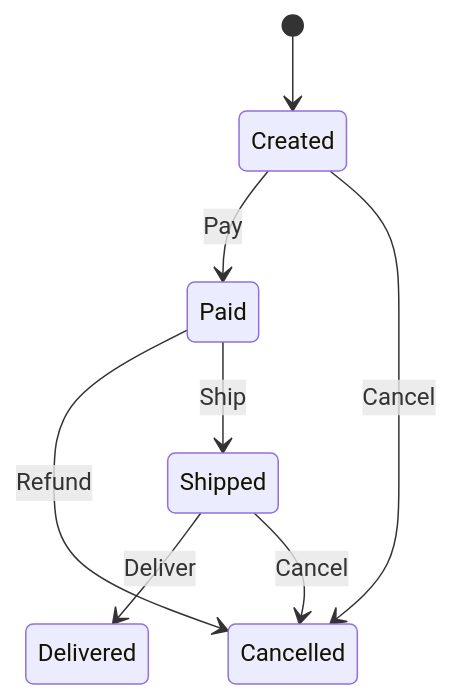
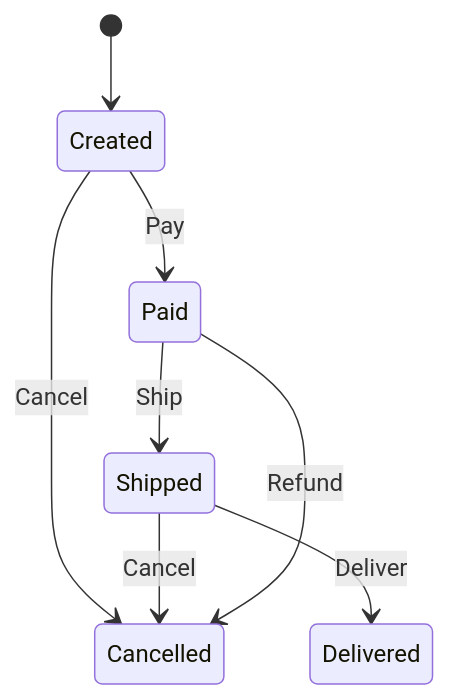
Before and after one commit to kookyleo/yasm: the diagram in docs/order_state_machine.mermaid, drawn with Mermaid. The commit also changed other lines of this file and 5 other files, not shown here.

```diff
--- a/docs/order_state_machine.mermaid
+++ b/docs/order_state_machine.mermaid
@@ -1,8 +1,8 @@
 stateDiagram-v2
     [*] --> Created
-    Created --> Paid : Pay
-    Shipped --> Delivered : Deliver
-    Shipped --> Cancelled : Cancel
-    Paid --> Cancelled : Refund
     Created --> Cancelled : Cancel
     Paid --> Shipped : Ship
+    Created --> Paid : Pay
+    Shipped --> Cancelled : Cancel
+    Shipped --> Delivered : Deliver
+    Paid --> Cancelled : Refund
```
